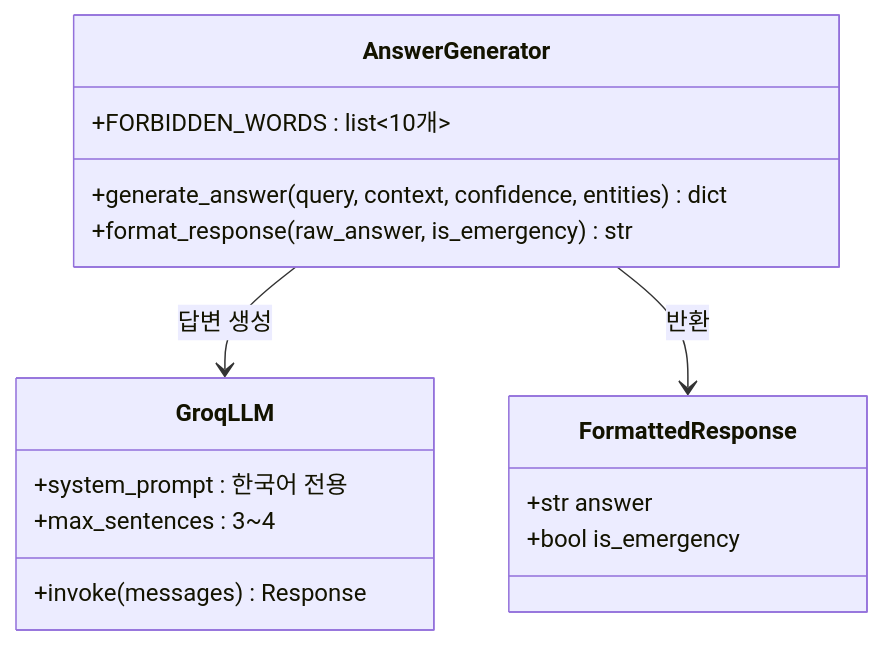
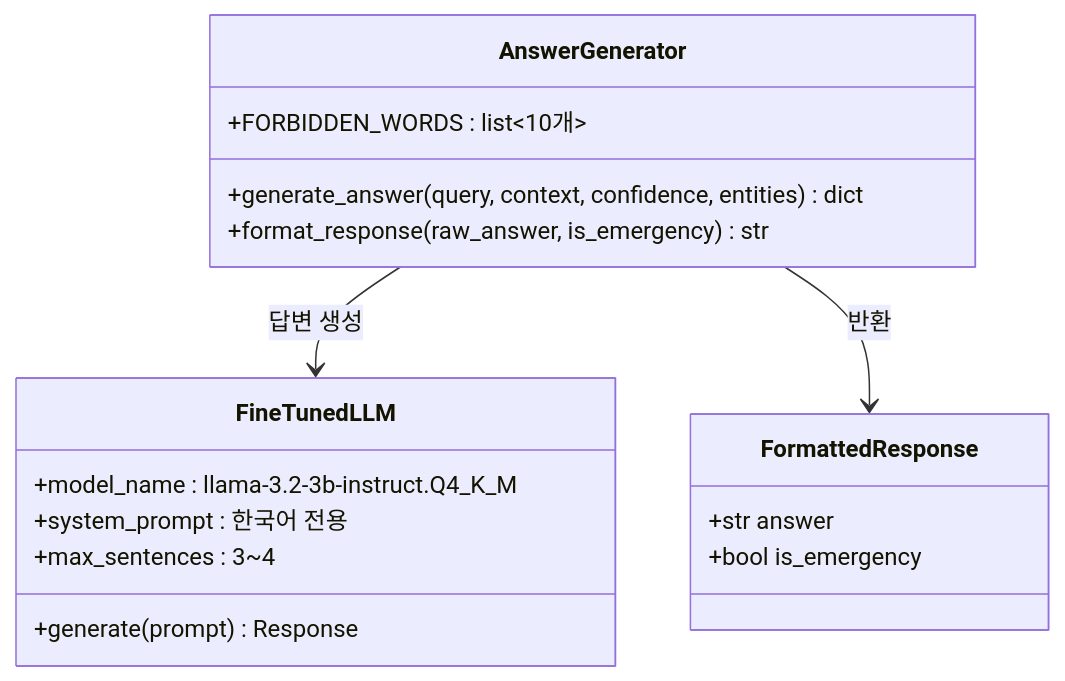
Before and after one commit to lg-hellovision-dx-data-school/LGHelloDoctor: the fifth of 8 diagrams in docs/diagrams.md, drawn with Mermaid. The commit also changed other lines of this file and 7 other files, not shown here.

````diff
--- a/docs/diagrams.md
+++ b/docs/diagrams.md
@@ -164,22 +165,23 @@
 ```mermaid
 classDiagram
     class AnswerGenerator {
         +FORBIDDEN_WORDS : list~10개~
         +generate_answer(query, context, confidence, entities) dict
         +format_response(raw_answer, is_emergency) str
     }
 
-    class GroqLLM {
+    class FineTunedLLM {
+        +model_name : llama-3.2-3b-instruct.Q4_K_M
         +system_prompt : 한국어 전용
         +max_sentences : 3~4
-        +invoke(messages) Response
+        +generate(prompt) Response
     }
 
     class FormattedResponse {
         +str answer
         +bool is_emergency
     }
 
-    AnswerGenerator --> GroqLLM : 답변 생성
+    AnswerGenerator --> FineTunedLLM : 답변 생성
     AnswerGenerator --> FormattedResponse : 반환
 ```
````
